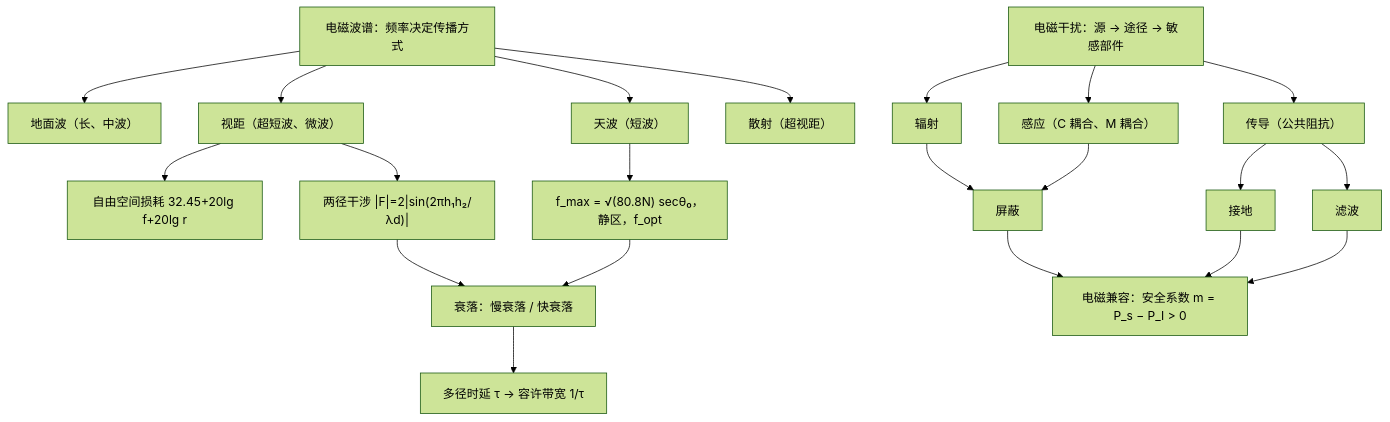
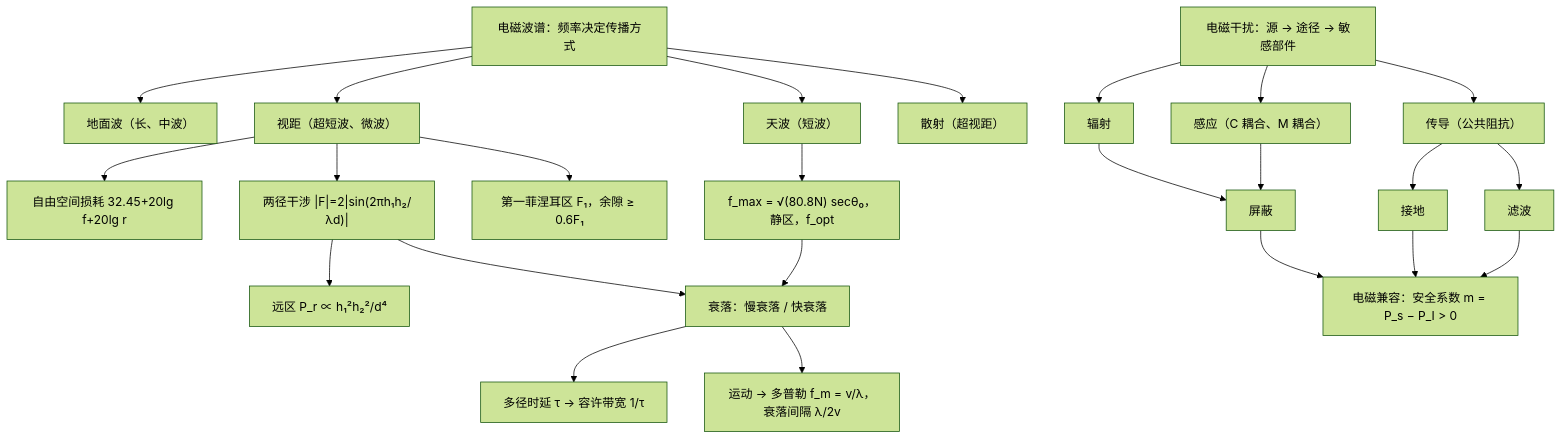
One commit to cockroach-f/em-fields-waves changed the second of 2 diagrams in docs/ch10.md. Above: the diagram before and after it, drawn with Mermaid (forest theme). The commit also changed other lines of this file and 14 other files, not shown here.

````diff
--- a/docs/ch10.md
+++ b/docs/ch10.md
@@ -679,23 +835,26 @@
 ```mermaid
 flowchart TB
     W["电磁波谱：频率决定传播方式"] --> G["地面波（长、中波）"]
     W --> SK["天波（短波）"]
     W --> L["视距（超短波、微波）"]
     W --> SC["散射（超视距）"]
     L --> FS["自由空间损耗 32.45+20lg f+20lg r"]
     L --> TR["两径干涉 |F|=2|sin(2πh₁h₂/λd)|"]
+    L --> FZ["第一菲涅耳区 F₁，余隙 ≥ 0.6F₁"]
+    TR --> D4["远区 P_r ∝ h₁²h₂²/d⁴"]
     SK --> MUF["f_max = √(80.8N) secθ₀，静区，f_opt"]
     TR --> FD["衰落：慢衰落 / 快衰落"]
     MUF --> FD
     FD --> BW["多径时延 τ → 容许带宽 1/τ"]
+    FD --> DP["运动 → 多普勒 f_m = v/λ，衰落间隔 λ/2v"]
     EMI["电磁干扰：源 → 途径 → 敏感部件"] --> P1["辐射"]
     EMI --> P2["感应（C 耦合、M 耦合）"]
     EMI --> P3["传导（公共阻抗）"]
     P1 --> SH["屏蔽"]
     P2 --> SH
     P3 --> GND["接地"]
     P3 --> FL["滤波"]
     SH --> EMC["电磁兼容：安全系数 m = P_s − P_I > 0"]
     GND --> EMC
     FL --> EMC
 ```
````
